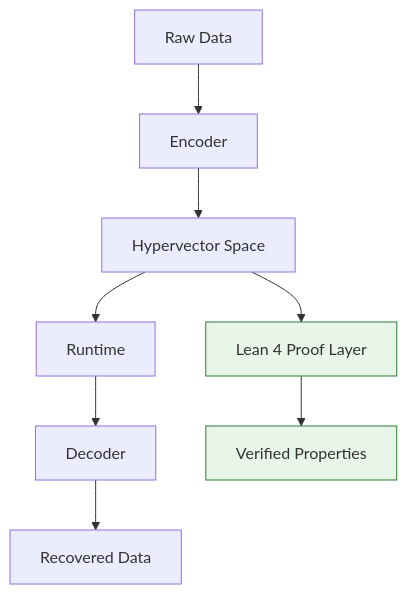
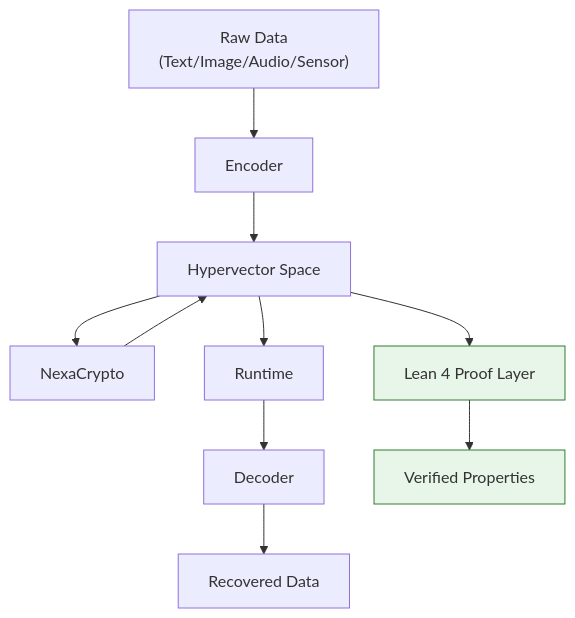
Before and after one commit to yablokolabs/nexa-core: the eighth of 10 diagrams in README.md, drawn with Mermaid. The commit also changed other lines of this file, not shown here.

Commit message:
docs: update diagrams for Conv2d/Pooling, ONNX, multimodal inputs, encryption

````diff
--- a/README.md
+++ b/README.md
@@ -1112,14 +1117,16 @@
 ```mermaid
 flowchart TD
-    RawData["Raw Data"] --> Encoder
+    RawData["Raw Data<br/>(Text/Image/Audio/Sensor)"] --> Encoder
     Encoder --> HVS["Hypervector Space"]
+    HVS --> Crypto["NexaCrypto"]
+    Crypto --> HVS
     HVS --> Runtime
     Runtime --> Decoder
     Decoder --> Recovery["Recovered Data"]
 
     HVS --> LeanProofs["Lean 4 Proof Layer"]
     LeanProofs --> Verified["Verified Properties"]
     
     style LeanProofs fill:#e8f5e9,stroke:#2e7d32
     style Verified fill:#e8f5e9,stroke:#2e7d32
 ```
````
